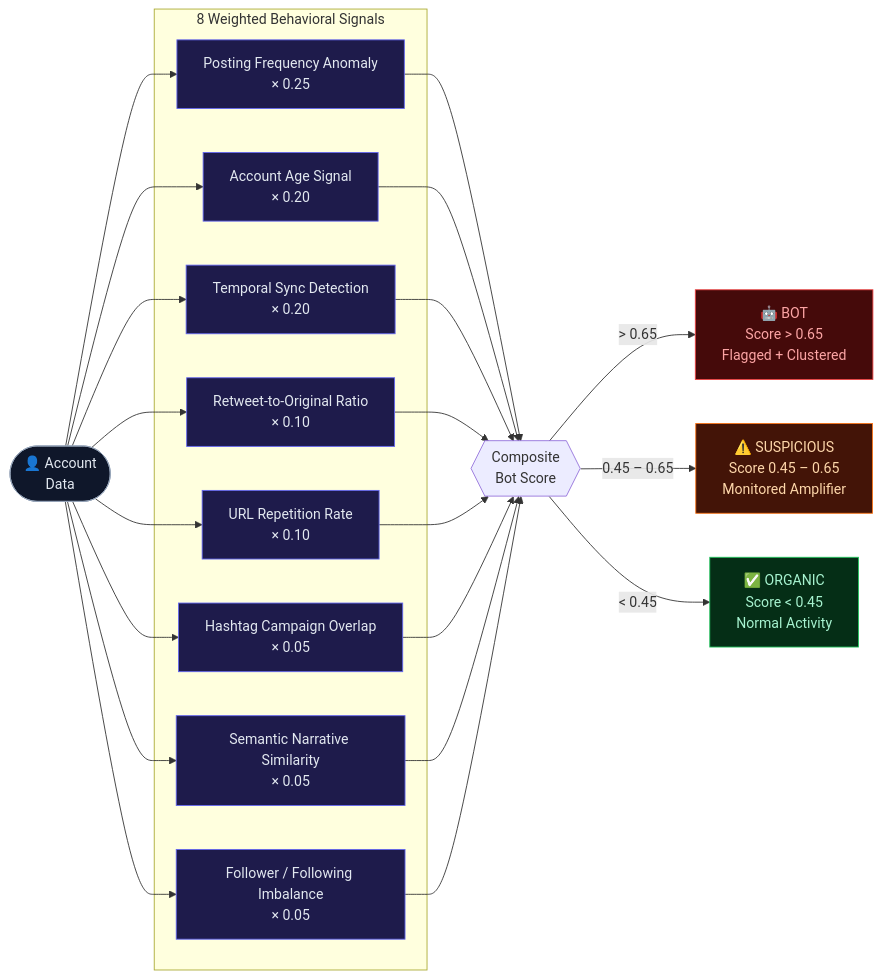
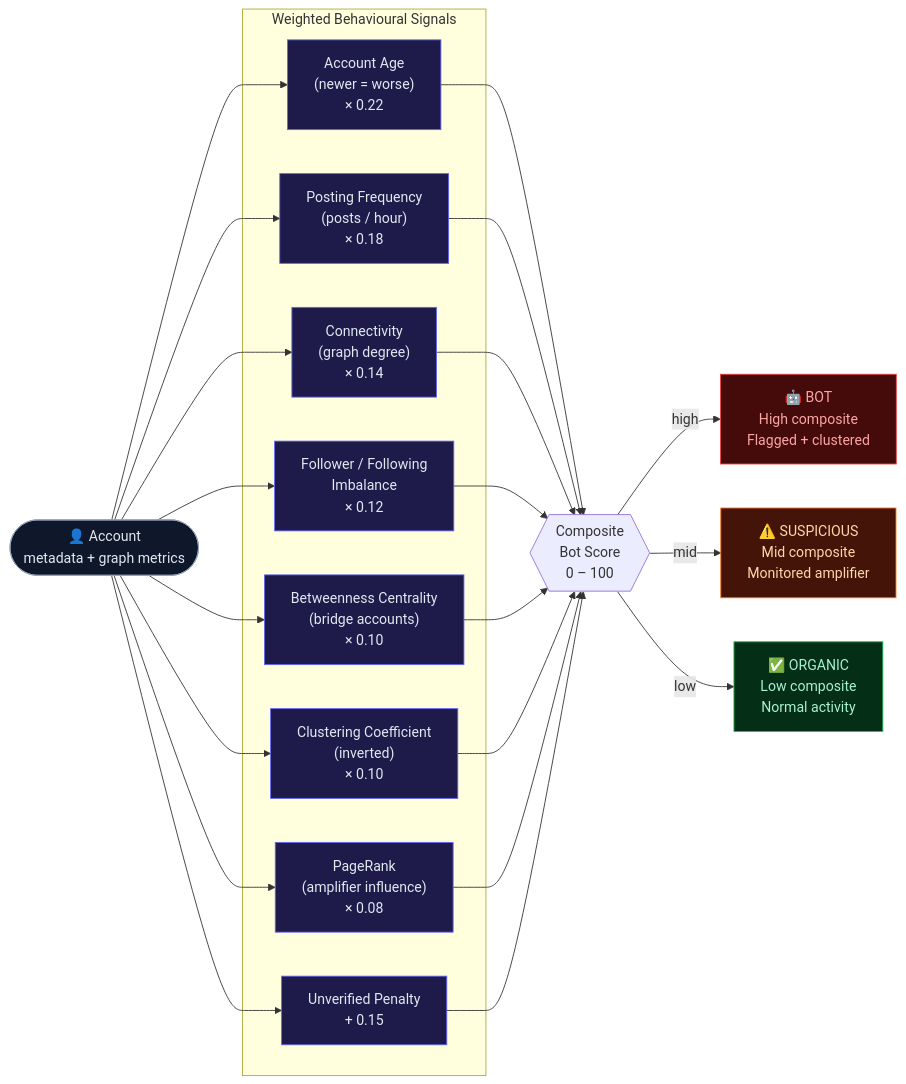
The fifth of 9 diagrams in docs/Architecture_Diagram.md (uttampreet-dev/ShadowTrace), drawn with Mermaid before and after one commit. The commit also changed other lines of this file and 3 other files, not shown here.

````diff
--- a/docs/Architecture_Diagram.md
+++ b/docs/Architecture_Diagram.md
@@ -118,39 +244,39 @@
 ```mermaid
 flowchart LR
-    ACC(["👤 Account\nData"])
+    ACC(["👤 Account\nmetadata + graph metrics"])
 
-    subgraph SIGNALS["  8 Weighted Behavioral Signals  "]
-        F1["Posting Frequency Anomaly\n× 0.25"]
-        F2["Account Age Signal\n× 0.20"]
-        F3["Temporal Sync Detection\n× 0.20"]
-        F4["Retweet-to-Original Ratio\n× 0.10"]
-        F5["URL Repetition Rate\n× 0.10"]
-        F6["Hashtag Campaign Overlap\n× 0.05"]
-        F7["Semantic Narrative Similarity\n× 0.05"]
-        F8["Follower / Following Imbalance\n× 0.05"]
+    subgraph SIGNALS["  Weighted Behavioural Signals  "]
+        F1["Account Age\n(newer = worse)\n× 0.22"]
+        F2["Posting Frequency\n(posts / hour)\n× 0.18"]
+        F3["Connectivity\n(graph degree)\n× 0.14"]
+        F4["Follower / Following\nImbalance\n× 0.12"]
+        F5["Betweenness Centrality\n(bridge accounts)\n× 0.10"]
+        F6["Clustering Coefficient\n(inverted)\n× 0.10"]
+        F7["PageRank\n(amplifier influence)\n× 0.08"]
+        F8["Unverified Penalty\n+ 0.15"]
     end
 
-    SCORE{{"Composite\nBot Score"}}
+    SCORE{{"Composite\nBot Score\n0 – 100"}}
 
-    BOT["🤖 BOT\nScore > 0.65\nFlagged + Clustered"]
-    SUS["⚠️ SUSPICIOUS\nScore 0.45 – 0.65\nMonitored Amplifier"]
-    ORG["✅ ORGANIC\nScore < 0.45\nNormal Activity"]
+    BOT["🤖 BOT\nHigh composite\nFlagged + clustered"]
+    SUS["⚠️ SUSPICIOUS\nMid composite\nMonitored amplifier"]
+    ORG["✅ ORGANIC\nLow composite\nNormal activity"]
 
     ACC --> F1 & F2 & F3 & F4 & F5 & F6 & F7 & F8
     F1 & F2 & F3 & F4 & F5 & F6 & F7 & F8 --> SCORE
-    SCORE -->|"> 0.65"| BOT
-    SCORE -->|"0.45 – 0.65"| SUS
-    SCORE -->|"< 0.45"| ORG
+    SCORE -->|"high"| BOT
+    SCORE -->|"mid"| SUS
+    SCORE -->|"low"| ORG
 
     classDef signal fill:#1e1b4b,stroke:#6366f1,color:#e2e8f0
     classDef bot fill:#450a0a,stroke:#ef4444,color:#fca5a5
     classDef sus fill:#431407,stroke:#f97316,color:#fed7aa
     classDef org fill:#052e16,stroke:#22c55e,color:#a7f3d0
     classDef acc fill:#0f172a,stroke:#94a3b8,color:#e2e8f0
 
     class F1,F2,F3,F4,F5,F6,F7,F8 signal
     class BOT bot
     class SUS sus
     class ORG org
     class ACC acc
 ```
````
